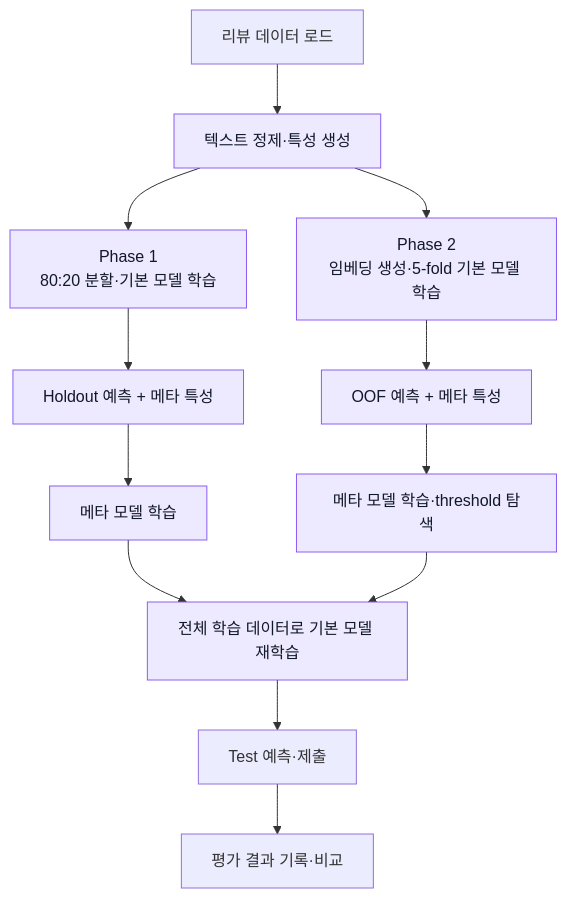
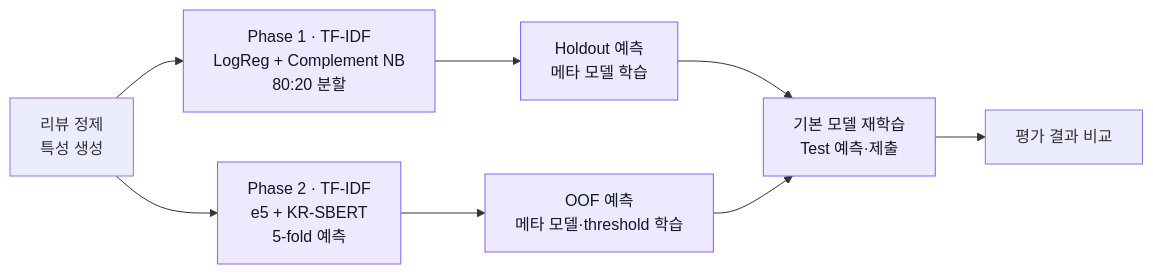
Before and after one commit to lcsvvo/Korean-Sentiment-Generalization: the diagram in README.md, drawn with Mermaid. The commit also changed other lines of this file, not shown here.

Commit message:
docs: explain research design in text and shorten workflow

````diff
--- a/README.md
+++ b/README.md
@@ -48,16 +31,13 @@
 ```mermaid
-flowchart TD
-    A["리뷰 데이터 로드"] --> B["텍스트 정제·특성 생성"]
-    B --> C["Phase 1<br/>80:20 분할·기본 모델 학습"]
-    B --> D["Phase 2<br/>임베딩 생성·5-fold 기본 모델 학습"]
-    C --> E["Holdout 예측 + 메타 특성"]
-    D --> F["OOF 예측 + 메타 특성"]
-    E --> G["메타 모델 학습"]
-    F --> H["메타 모델 학습·threshold 탐색"]
-    G --> I["전체 학습 데이터로 기본 모델 재학습"]
-    H --> I
-    I --> J["Test 예측·제출"]
-    J --> K["평가 결과 기록·비교"]
+flowchart LR
+    A["리뷰 정제<br/>특성 생성"]
+    A --> B["Phase 1 · TF-IDF<br/>LogReg + Complement NB<br/>80:20 분할"]
+    A --> C["Phase 2 · TF-IDF<br/>e5 + KR-SBERT<br/>5-fold 예측"]
+    B --> D["Holdout 예측<br/>메타 모델 학습"]
+    C --> E["OOF 예측<br/>메타 모델·threshold 학습"]
+    D --> F["기본 모델 재학습<br/>Test 예측·제출"]
+    E --> F
+    F --> G["평가 결과 비교"]
     classDef step fill:#ede9fe,stroke:#8b5cf6,color:#111827;
-    class B,C,D,E,F,G,H,I step;
+    class B,C,D,E,F step;
 ```
````
